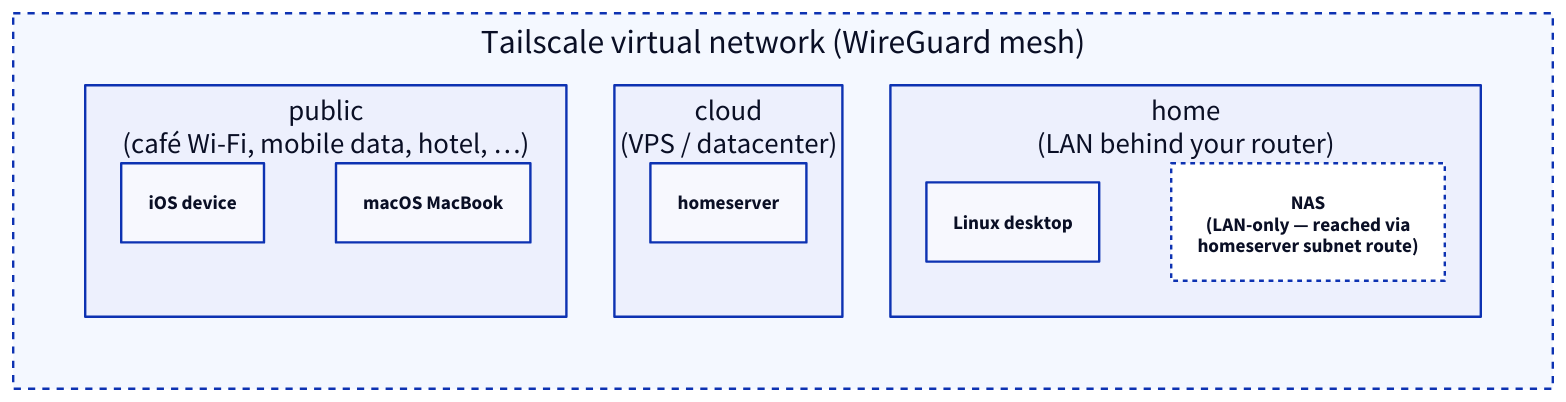
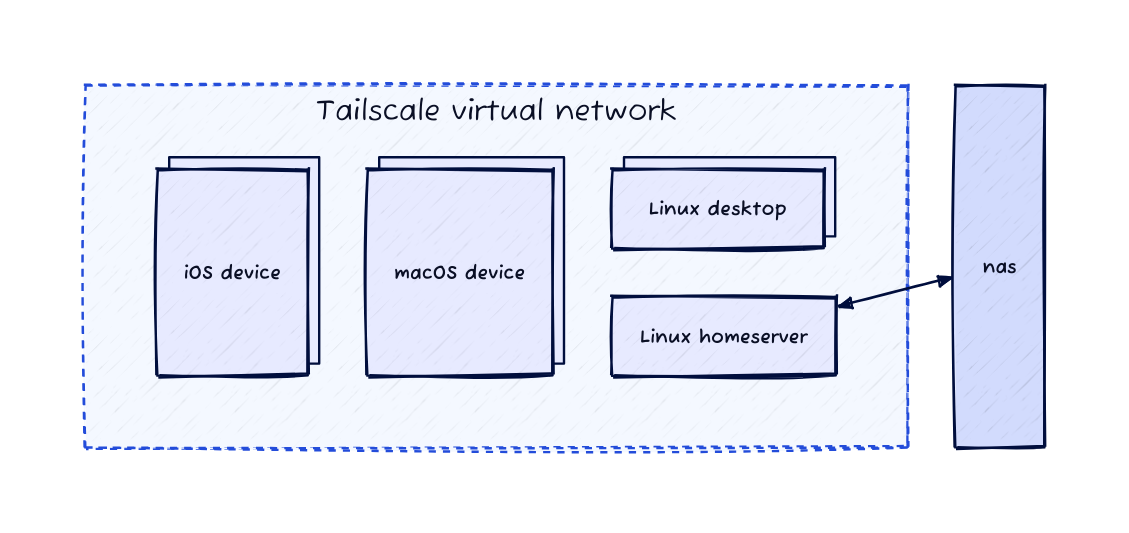
The diagram in docs/diagrams/tailscale.d2 (luckynrslevin/home-server), drawn with D2 before and after one commit. The commit also changed other lines of this file and 6 other files, not shown here.

```diff
--- a/docs/diagrams/tailscale.d2
+++ b/docs/diagrams/tailscale.d2
@@ -1,33 +1,48 @@
 # Remote-access perspective: how user devices reach the homeserver and
 # the LAN-only NAS from anywhere via Tailscale.
 #
 # Render: d2 docs/diagrams/tailscale.d2 docs/diagrams/tailscale.svg
 
+vars: {
+  d2-config: {
+    theme-id: 3 # terrastruct
+    sketch: true
+    layout-engine: elk
+  }
+  colors: {
+    c2: "#C7F1FF" # light turkuaz
+    c3: "#B5AFF6" # dark purple
+    c4: "#DEE1EB" # gray
+    c5: "#88DCF7" # turkuaz
+    c6: "#E4DBFE" # purple
+  }
+}
+
 direction: right
 
-tailnet: "Tailscale virtual network (WireGuard mesh)" {
-  grid-columns: 3
-  style.stroke-dash: 3
-  style.stroke-width: 2
-  style.fill: "#f4f8ff"
+devices: "" {
+  style.opacity: 0
+  style.fill: "#ffffff"
+  grid-columns: 2
 
-  public: "public\n(café Wi-Fi, mobile data, hotel, …)" {
-    label.near: top-center
-    ios: "iOS device"
-    mac: "macOS MacBook"
+  tailnet: "Tailscale virtual network" {
+    grid-columns: 3
+    style.stroke-dash: 3
+    style.stroke-width: 2
+    style.fill: "#f4f8ff"
+
+    ios: "iOS device" {
+      style.multiple: true
+    }
+    mac: "macOS device" {
+      style.multiple: true
+    }
+    linux: "Linux desktop" {
+      style.multiple: true
+    }
+    homeserver: "Linux homeserver"
   }
 
-  cloud: "cloud\n(VPS / datacenter)" {
-    label.near: top-center
-    homeserver: "homeserver"
-  }
+  nas <-> tailnet.homeserver
 
-  home: "home\n(LAN behind your router)" {
-    label.near: top-center
-    linux: "Linux desktop"
-    nas: "NAS\n(LAN-only — reached via\nhomeserver subnet route)" {
-      style.fill: "#ffffff"
-      style.stroke-dash: 2
-    }
-  }
 }
```
